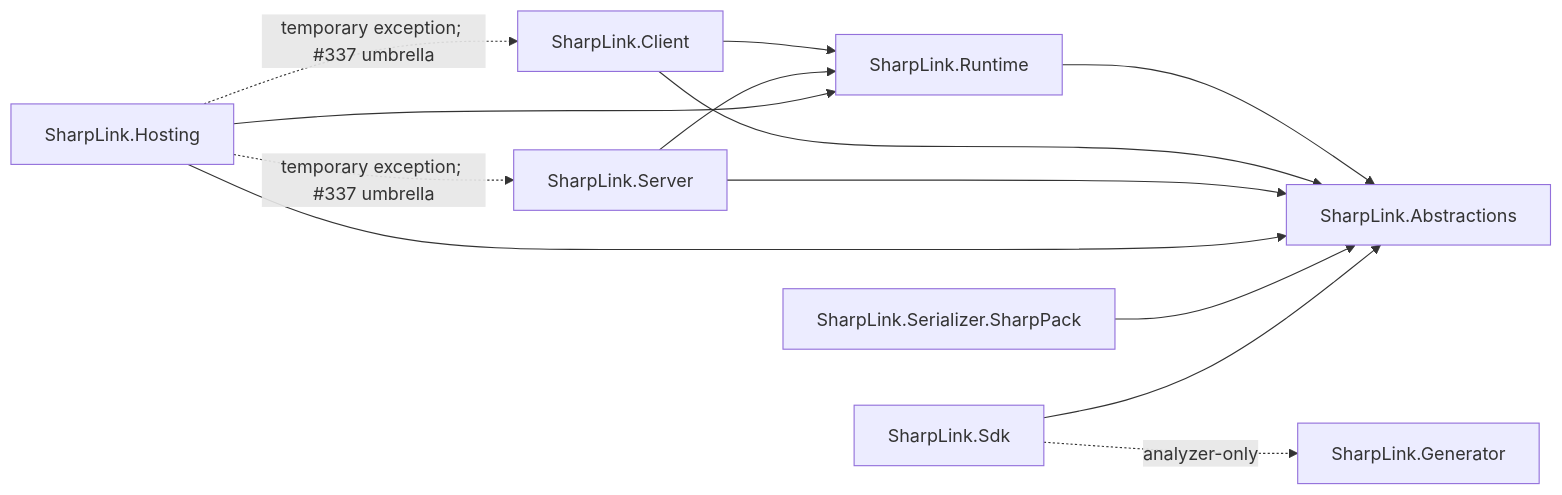
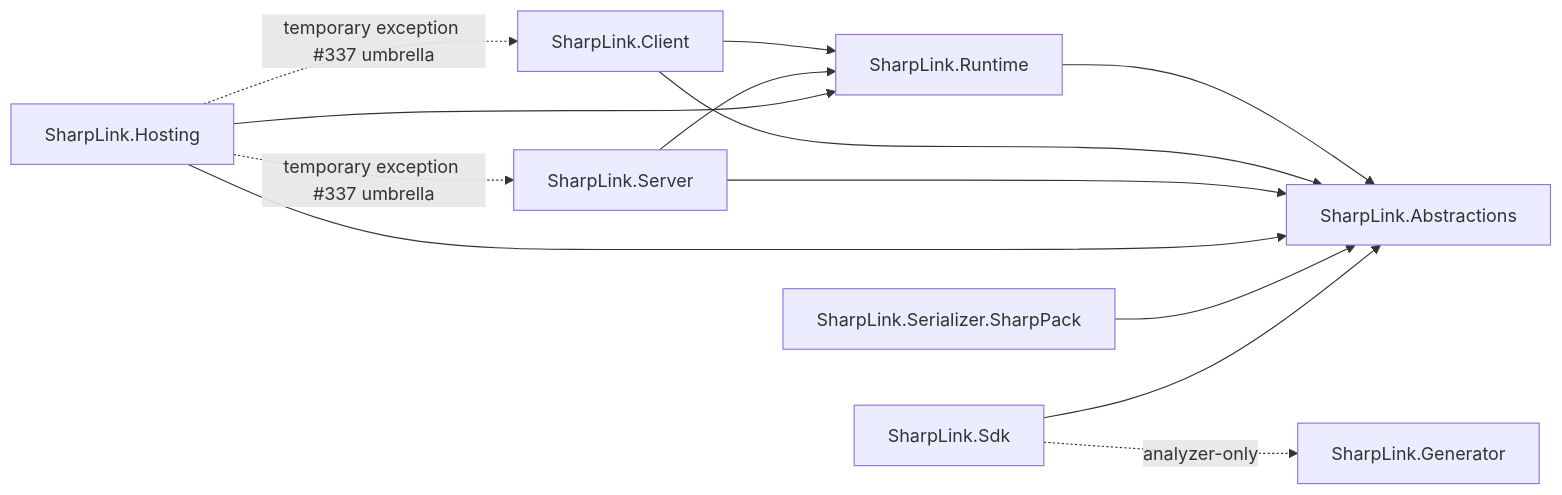
One commit to SunSi12138/SharpLink changed the diagram in doc/project-reference-boundaries.md. Above: the diagram before and after it, drawn with Mermaid.

Commit message:
docs: keep Mermaid exception labels parseable

````diff
--- a/doc/project-reference-boundaries.md
+++ b/doc/project-reference-boundaries.md
@@ -28,15 +28,15 @@
 ```mermaid
 graph LR
     Runtime[SharpLink.Runtime] --> Abstractions[SharpLink.Abstractions]
     Client[SharpLink.Client] --> Runtime
     Client --> Abstractions
     Server[SharpLink.Server] --> Runtime
     Server --> Abstractions
     Hosting[SharpLink.Hosting] --> Runtime
     Hosting --> Abstractions
     Serializer[SharpLink.Serializer.SharpPack] --> Abstractions
     Sdk[SharpLink.Sdk] --> Abstractions
     Sdk -. analyzer-only .-> Generator[SharpLink.Generator]
-    Hosting -. temporary exception; #337 umbrella .-> Client
-    Hosting -. temporary exception; #337 umbrella .-> Server
+    Hosting -. temporary exception #337 umbrella .-> Client
+    Hosting -. temporary exception #337 umbrella .-> Server
 ```
````
